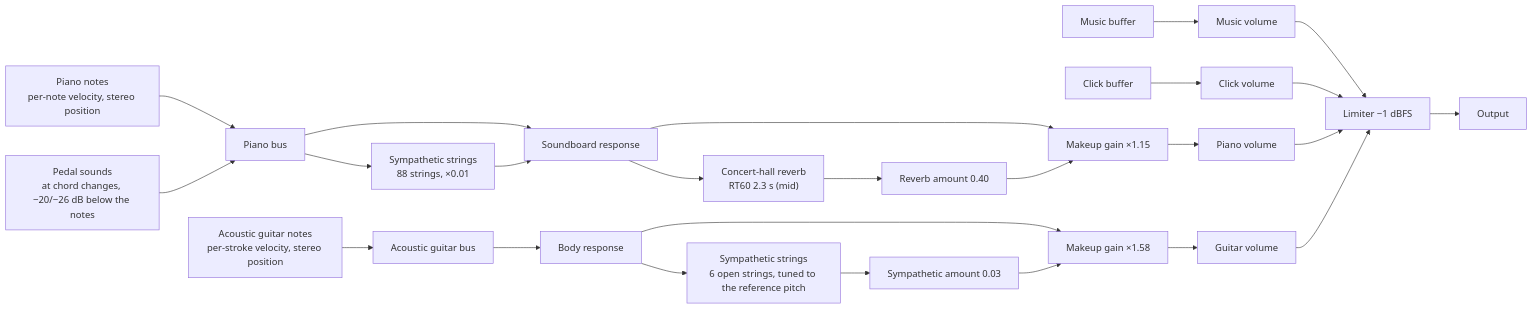
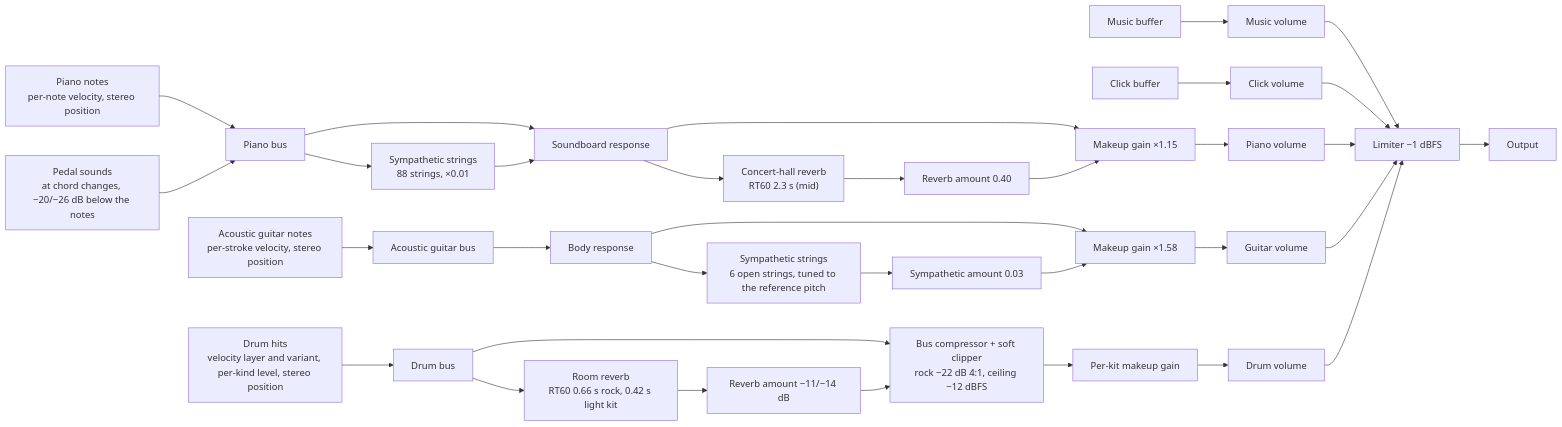
The third of 3 diagrams in README.en.md (Velvitty/Chordity), drawn with Mermaid before and after one commit. The commit also changed other lines of this file and 7 other files, not shown here.

````diff
--- a/README.en.md
+++ b/README.en.md
@@ -1419,20 +1436,25 @@
 ```mermaid
 flowchart LR
   M["Music buffer"] --> GM["Music volume"]
   C["Click buffer"] --> GC["Click volume"]
   P["Piano notes<br/>per-note velocity, stereo position"] --> PB["Piano bus"] --> SB["Soundboard response"]
   PN["Pedal sounds<br/>at chord changes, −20/−26 dB below the notes"] --> PB
   PB --> RS["Sympathetic strings<br/>88 strings, ×0.01"] --> SB
   SB --> MP["Makeup gain ×1.15"]
   SB --> RP["Concert-hall reverb<br/>RT60 2.3 s (mid)"] --> WP["Reverb amount 0.40"] --> MP
   G["Acoustic guitar notes<br/>per-stroke velocity, stereo position"] --> GB["Acoustic guitar bus"] --> BD["Body response"]
   BD --> MG["Makeup gain ×1.58"]
   BD --> RG["Sympathetic strings<br/>6 open strings, tuned to the reference pitch"] --> WG["Sympathetic amount 0.03"] --> MG
+  D["Drum hits<br/>velocity layer and variant, per-kind level, stereo position"] --> DB["Drum bus"]
+  DB --> CD["Bus compressor + soft clipper<br/>rock −22 dB 4:1, ceiling −12 dBFS"] --> MD["Per-kit makeup gain"]
+  DB --> RD["Room reverb<br/>RT60 0.66 s rock, 0.42 s light kit"] --> WD["Reverb amount −11/−14 dB"] --> CD
   MP --> GP["Piano volume"]
   MG --> GG["Guitar volume"]
+  MD --> GD["Drum volume"]
   GM --> L["Limiter −1 dBFS"]
   GC --> L
   GP --> L
   GG --> L
+  GD --> L
   L --> O["Output"]
 ```
````
